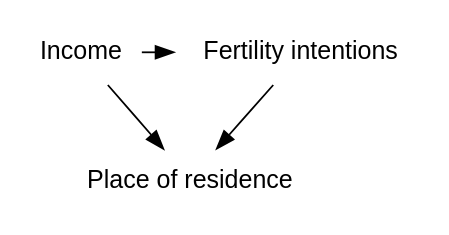
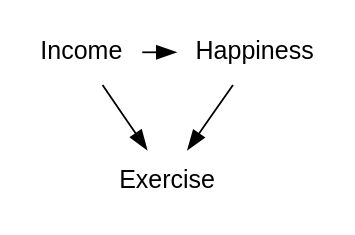
One commit to RohanAlexander/telling_stories changed the fourth of 5 diagrams in 15-causality_from_obs.qmd. Above: the diagram before and after it, drawn with Graphviz. The commit also changed other lines of this file and 50 other files, not shown here.

````diff
--- a/15-causality_from_obs.qmd
+++ b/15-causality_from_obs.qmd
@@ -212,19 +211,18 @@
 ```{dot}
 //| label: fig-dot-residenceascollider
-//| fig-cap: "Residence as a collider affecting the relationship between income and fertility intentions"
+//| fig-cap: "Exercise as a collider affecting the relationship between income and happiness"
 //| echo: true
-
 digraph D {
 
   node [shape=plaintext, fontname = "helvetica"];
   
   a [label = "Income"];
-  b [label = "Fertility intentions"];
-  c [label = "Place of residence"];
+  b [label = "Happiness"];
+  c [label = "Exercise"];
   
   { rank=same a b};
   
   a->{b c};
   b->c;
 }
 ```
````
